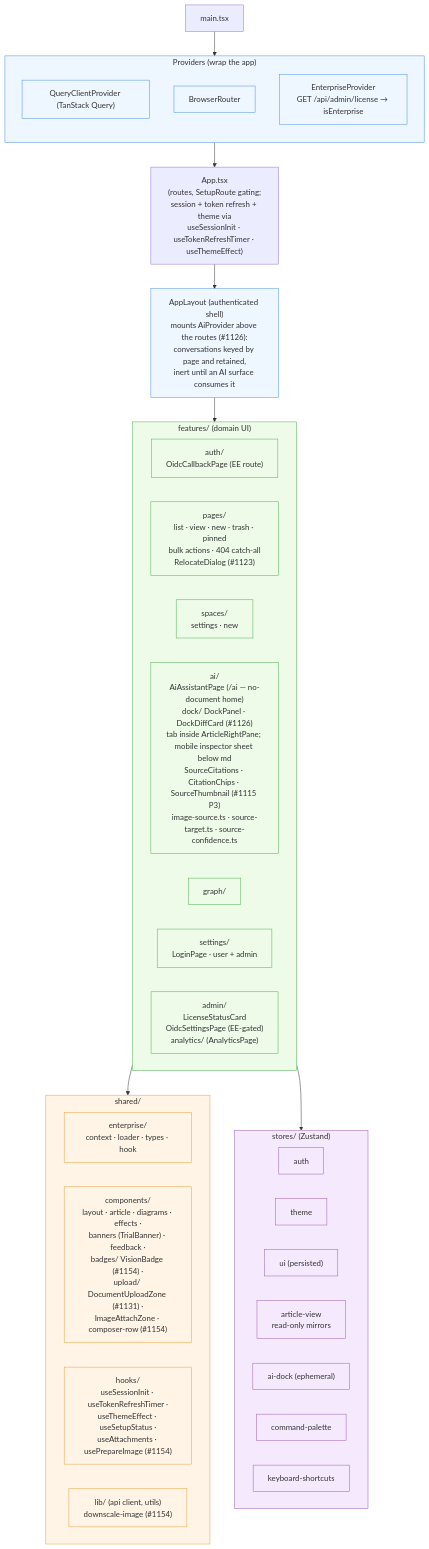
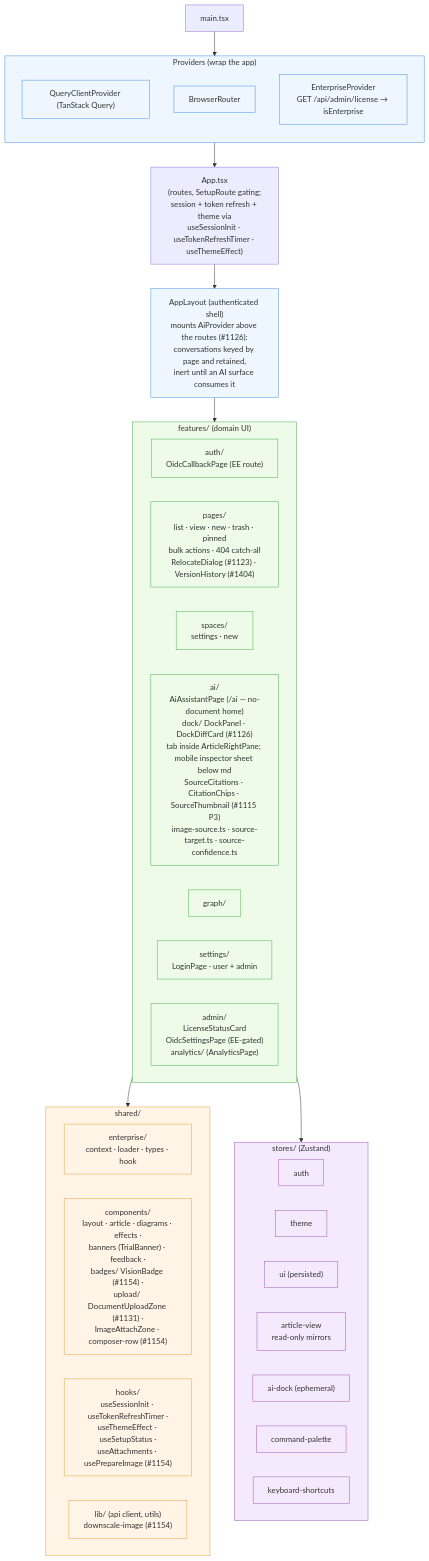
One commit to Compendiq/compendiq-ce changed the first of 6 diagrams in docs/architecture/04-frontend-structure.md. Above: the diagram before and after it, drawn with Mermaid. The commit also changed other lines of this file and 4 other files, not shown here.

Commit message:
feat(versions): formatted document preview and enlarged modal in Version History (#1404)

````diff
--- a/docs/architecture/04-frontend-structure.md
+++ b/docs/architecture/04-frontend-structure.md
@@ -8,59 +8,59 @@
 ```mermaid
 flowchart TB
     main["main.tsx"]
 
     subgraph providers["Providers (wrap the app)"]
         direction TB
         qp["QueryClientProvider (TanStack Query)"]
         rp["BrowserRouter"]
         ep["EnterpriseProvider<br/>GET /api/admin/license → isEnterprise"]
     end
 
     main --> providers
     providers --> app["App.tsx<br/>(routes, SetupRoute gating;<br/>session + token refresh + theme via<br/>useSessionInit · useTokenRefreshTimer · useThemeEffect)"]
 
     subgraph features["features/ (domain UI)"]
         direction LR
         fAuth["auth/<br/>OidcCallbackPage (EE route)"]
-        fPages["pages/<br/>list · view · new · trash · pinned<br/>bulk actions · 404 catch-all<br/>RelocateDialog (#1123)"]
+        fPages["pages/<br/>list · view · new · trash · pinned<br/>bulk actions · 404 catch-all<br/>RelocateDialog (#1123) · VersionHistory (#1404)"]
         fSpaces["spaces/<br/>settings · new"]
         fAI["ai/<br/>AiAssistantPage (/ai — no-document home)<br/>dock/ DockPanel · DockDiffCard (#1126)<br/>tab inside ArticleRightPane; mobile inspector sheet below md<br/>SourceCitations · CitationChips · SourceThumbnail (#1115 P3)<br/>image-source.ts · source-target.ts · source-confidence.ts"]
         fGraph["graph/"]
         fSettings["settings/<br/>LoginPage · user + admin"]
         fAdmin["admin/<br/>LicenseStatusCard<br/>OidcSettingsPage (EE-gated)<br/>analytics/ (AnalyticsPage)"]
     end
 
     app --> shell["AppLayout (authenticated shell)<br/>mounts AiProvider above the routes (#1126):<br/>conversations keyed by page and retained,<br/>inert until an AI surface consumes it"]
     shell --> features
 
     subgraph shared["shared/"]
         direction LR
         sEnt["enterprise/<br/>context · loader · types · hook"]
         sComp["components/<br/>layout · article · diagrams · effects ·<br/>banners (TrialBanner) · feedback ·<br/>badges/ VisionBadge (#1154) ·<br/>upload/ DocumentUploadZone (#1131) ·<br/>ImageAttachZone · composer-row (#1154)"]
         sHooks["hooks/<br/>useSessionInit · useTokenRefreshTimer ·<br/>useThemeEffect · useSetupStatus ·<br/>useAttachments · usePrepareImage (#1154)"]
         sLib["lib/ (api client, utils)<br/>downscale-image (#1154)"]
     end
 
     features --> shared
 
     subgraph stores["stores/ (Zustand)"]
         zAuth["auth"]
         zTheme["theme"]
         zUI["ui (persisted)"]
         zAV["article-view<br/>read-only mirrors"]
         zDock["ai-dock (ephemeral)"]
         zCmd["command-palette"]
         zKb["keyboard-shortcuts"]
     end
 
     features --> stores
 
     classDef prov fill:#eef6ff,stroke:#4a90e2
     classDef feat fill:#eefbe8,stroke:#4caf50
     classDef sh fill:#fff4e5,stroke:#e5a23c
     classDef st fill:#f5eafd,stroke:#9b59b6
     class providers,qp,rp,ep,shell prov
     class features,fAuth,fPages,fSpaces,fAI,fGraph,fSettings,fAdmin feat
     class shared,sEnt,sComp,sHooks,sLib sh
     class stores,zAuth,zTheme,zUI,zAV,zDock,zCmd,zKb st
 ```
````
